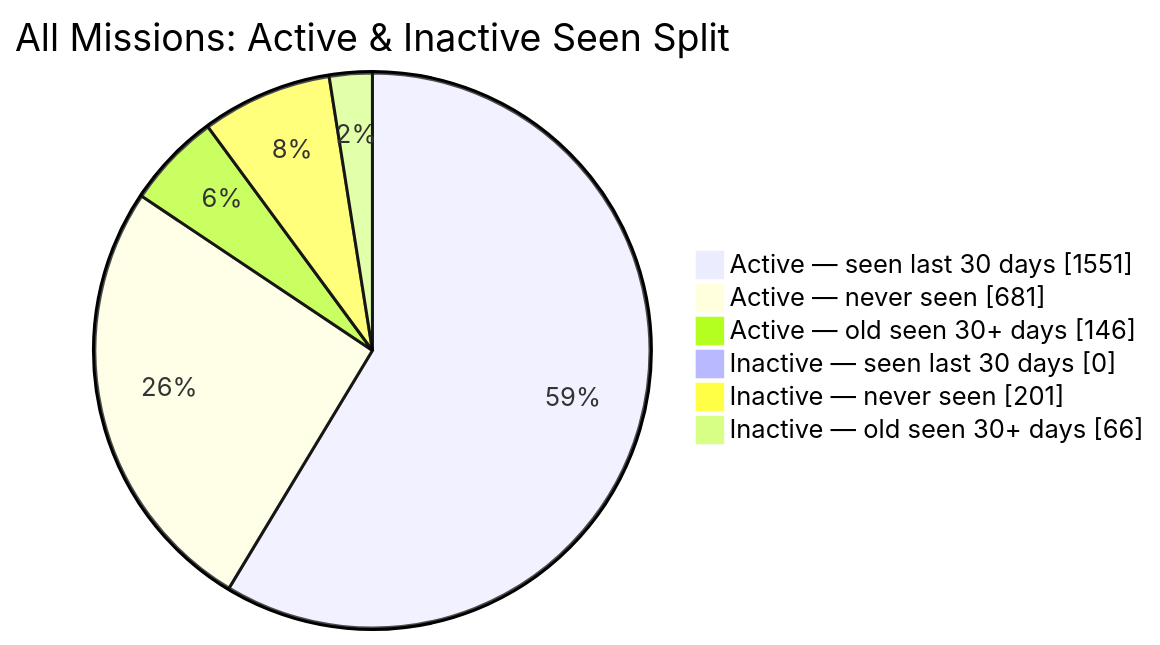
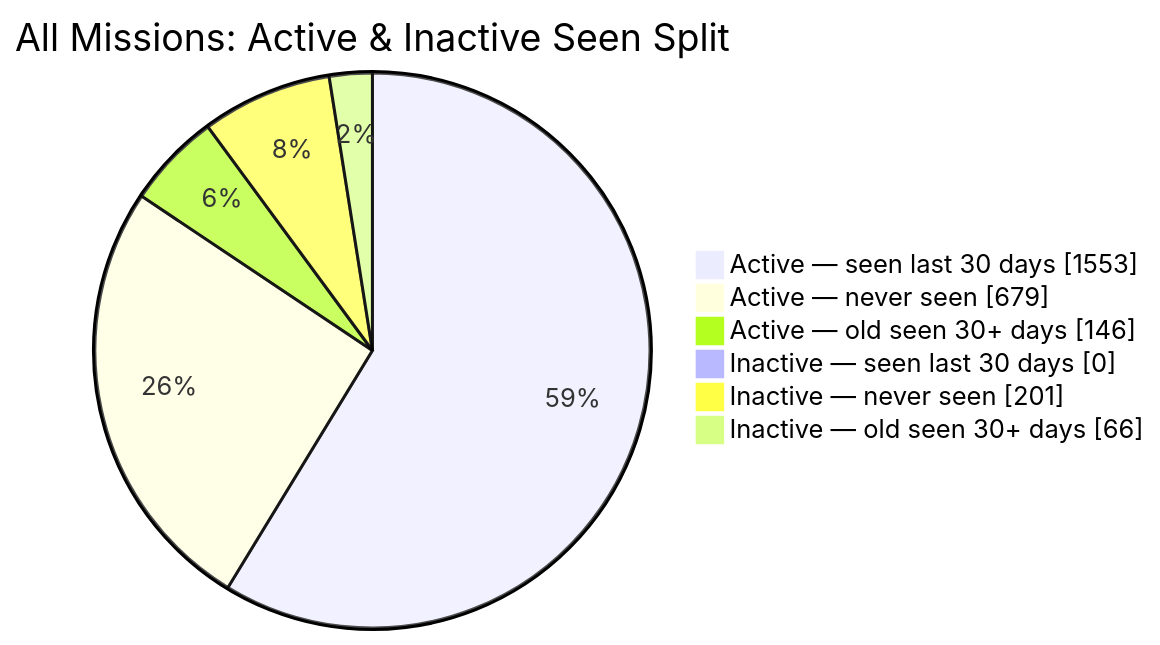
The second of 2 diagrams in README.md (MeldkamerspelGameTeam/active-missions), drawn with Mermaid before and after one commit. The commit also changed other lines of this file and 3 other files, not shown here.

````diff
--- a/README.md
+++ b/README.md
@@ -44,10 +44,10 @@
 ```mermaid
 pie showData
     title All Missions: Active & Inactive Seen Split
-    "Active — seen last 30 days" : 1551
-    "Active — never seen" : 681
+    "Active — seen last 30 days" : 1553
+    "Active — never seen" : 679
     "Active — old seen 30+ days" : 146
     "Inactive — seen last 30 days" : 0
     "Inactive — never seen" : 201
     "Inactive — old seen 30+ days" : 66
 ```
````
